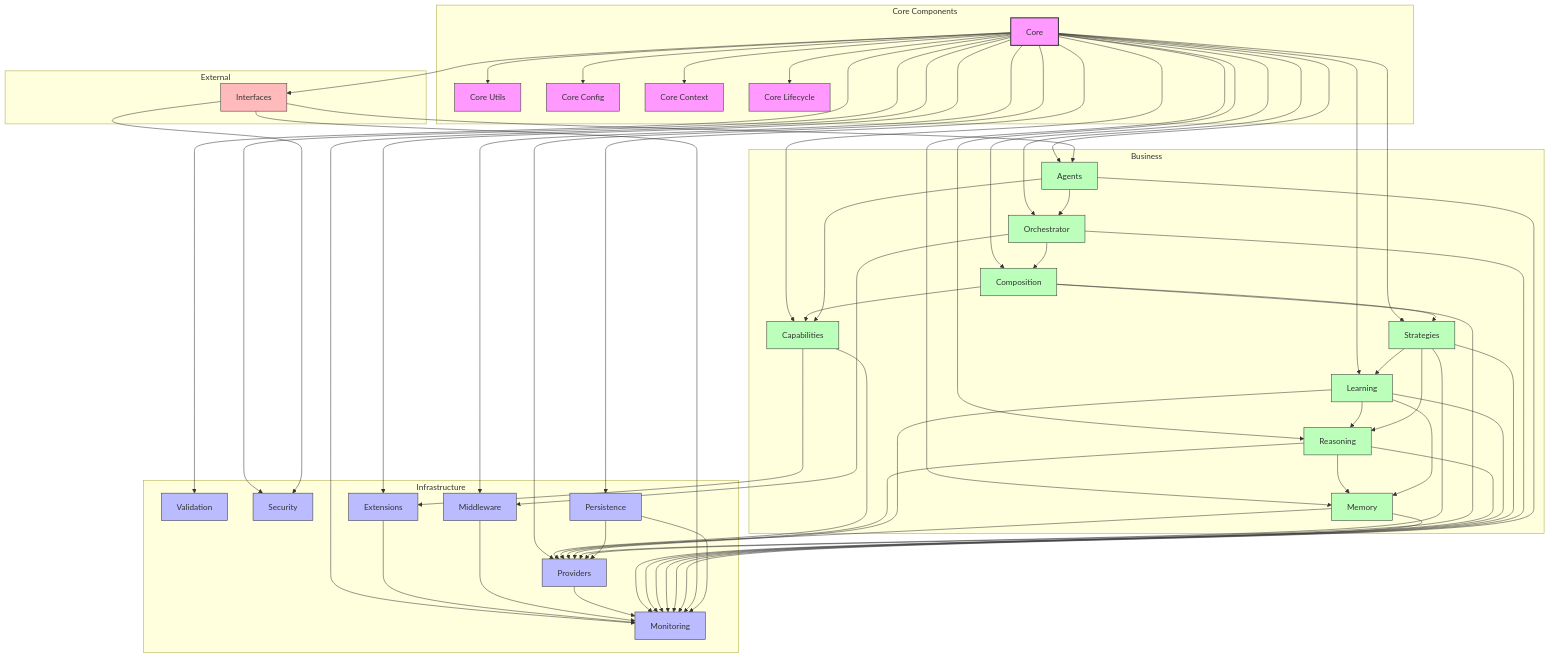
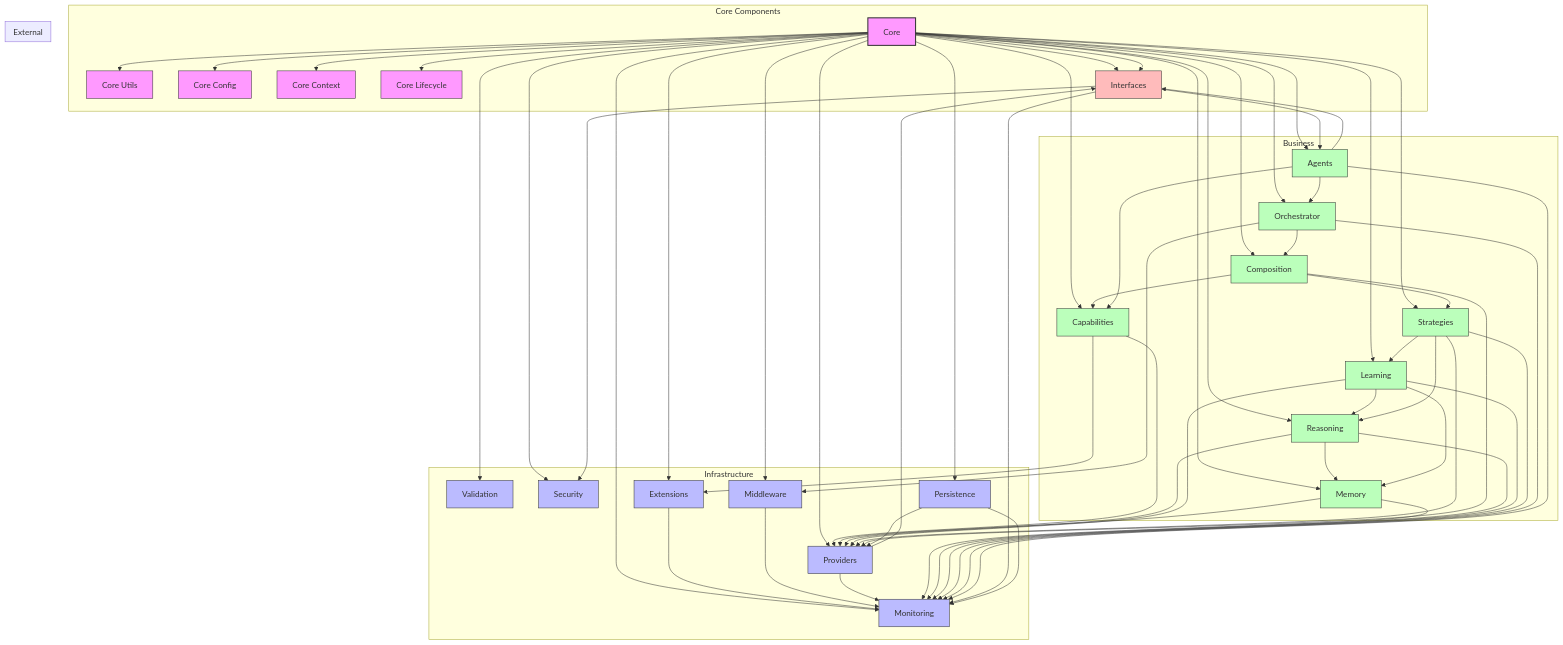
One commit to felipepimentel/pepperpy-ai changed the diagram in docs/architecture.mermaid. Above: the diagram before and after it, drawn with Mermaid. The commit also changed 256 other files, not shown here.

```diff
--- a/docs/architecture.mermaid
+++ b/docs/architecture.mermaid
@@ -1,141 +1,144 @@
 graph TB
     %% Core Module (Unified Core + Common)
     Core[Core]
     subgraph Core Components
         Core --> CoreUtils[Core Utils]
         Core --> CoreConfig[Core Config]
         Core --> CoreContext[Core Context]
         Core --> CoreLifecycle[Core Lifecycle]
+        Core --> Interfaces[Interfaces]
     end
 
     %% Base Infrastructure
     Validation[Validation]
     Security[Security]
     Monitoring[Monitoring]
     Core --> Validation
     Core --> Security
     Core --> Monitoring
 
     %% Extension System
     Extensions[Extensions]
     Core --> Extensions
     Extensions --> Monitoring
 
     %% Middleware Layer
     Middleware[Middleware]
     Core --> Middleware
     Middleware --> Monitoring
 
     %% Provider System
     Providers[Providers]
     Core --> Providers
+    Providers --> Interfaces
     Providers --> Monitoring
 
     %% Capability System
     Capabilities[Capabilities]
     Core --> Capabilities
     Capabilities --> Providers
     Capabilities --> Extensions
 
     %% Memory System
     Memory[Memory]
     Core --> Memory
     Memory --> Providers
     Memory --> Monitoring
 
     %% Reasoning System
     Reasoning[Reasoning]
     Core --> Reasoning
     Reasoning --> Providers
     Reasoning --> Memory
     Reasoning --> Monitoring
 
     %% Learning System
     Learning[Learning]
     Core --> Learning
     Learning --> Reasoning
     Learning --> Memory
     Learning --> Providers
     Learning --> Monitoring
 
     %% Strategy Management
     Strategies[Strategies]
     Core --> Strategies
     Strategies --> Learning
     Strategies --> Reasoning
     Strategies --> Providers
     Strategies --> Monitoring
 
     %% Composition System
     Composition[Composition]
     Core --> Composition
     Composition --> Capabilities
     Composition --> Providers
     Composition --> Strategies
 
     %% Orchestration Layer
     Orchestrator[Orchestrator]
     Core --> Orchestrator
     Orchestrator --> Composition
     Orchestrator --> Middleware
     Orchestrator --> Monitoring
 
     %% Agent System
     Agents[Agents]
     Core --> Agents
+    Agents --> Interfaces
     Agents --> Orchestrator
     Agents --> Capabilities
     Agents --> Monitoring
 
     %% External Interfaces
     Interfaces[Interfaces]
     Core --> Interfaces
     Interfaces --> Agents
     Interfaces --> Security
     Interfaces --> Monitoring
 
     %% Persistence Layer
     Persistence[Persistence]
     Core --> Persistence
     Persistence --> Providers
     Persistence --> Monitoring
 
     %% Styling
     classDef core fill:#f9f,stroke:#333,stroke-width:2px
     classDef coreComponent fill:#f9f,stroke:#333,stroke-width:1px
     classDef infrastructure fill:#bbf,stroke:#333,stroke-width:1px
     classDef business fill:#bfb,stroke:#333,stroke-width:1px
     classDef interface fill:#fbb,stroke:#333,stroke-width:1px
 
     class Core core
-    class CoreUtils,CoreConfig,CoreContext,CoreLifecycle coreComponent
+    class CoreUtils,CoreConfig,CoreContext,CoreLifecycle,Interfaces coreComponent
     class Validation,Security,Monitoring,Extensions,Middleware,Providers,Persistence infrastructure
     class Capabilities,Memory,Reasoning,Learning,Strategies,Composition,Orchestrator,Agents business
     class Interfaces interface
 
     %% Subgraph for logical grouping
     subgraph Infrastructure
         Core
         Validation
         Security
         Monitoring
         Extensions
         Middleware
         Providers
         Persistence
     end
 
     subgraph Business
         Capabilities
         Memory
         Reasoning
         Learning
         Strategies
         Composition
         Orchestrator
         Agents
     end
 
     subgraph External
         Interfaces
     end
```
